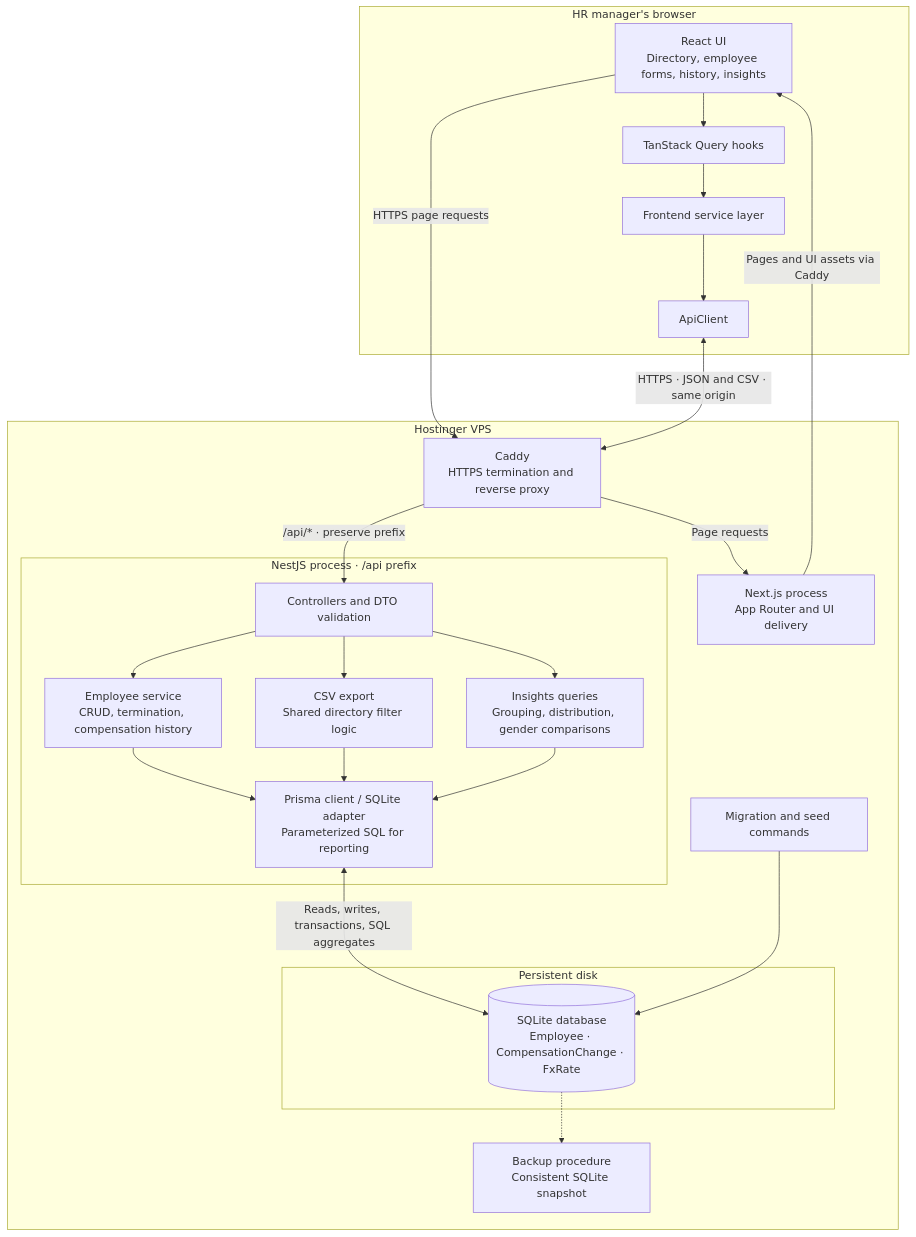
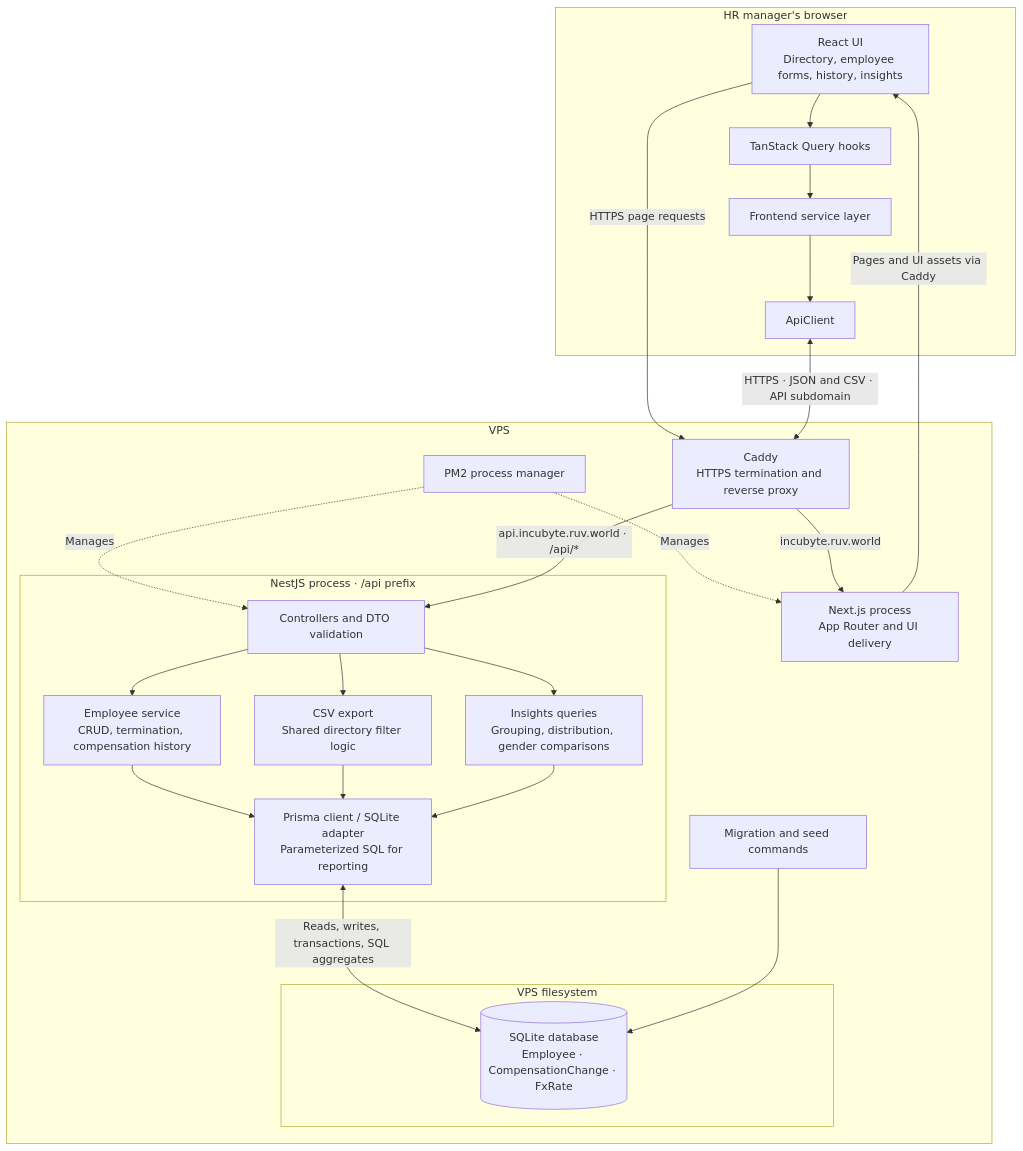
Before and after one commit to dhruvdabhi101/HRMS: the diagram in apps/web/public/diagrams/architecture.mmd, drawn with Mermaid. The commit also changed 8 other files, not shown here.

```diff
--- a/apps/web/public/diagrams/architecture.mmd
+++ b/apps/web/public/diagrams/architecture.mmd
@@ -1,44 +1,45 @@
 flowchart TB
     subgraph Browser["HR manager's browser"]
         UI["React UI<br/>Directory, employee forms, history, insights"]
         Query["TanStack Query hooks"]
         Service["Frontend service layer"]
         Client["ApiClient"]
         UI --> Query --> Service --> Client
     end
 
-    subgraph VPS["Hostinger VPS"]
+    subgraph VPS["VPS"]
         Caddy["Caddy<br/>HTTPS termination and reverse proxy"]
+        PM2["PM2 process manager"]
         Next["Next.js process<br/>App Router and UI delivery"]
 
         subgraph Server["NestJS process · /api prefix"]
             Controllers["Controllers and DTO validation"]
             Employees["Employee service<br/>CRUD, termination, compensation history"]
             Export["CSV export<br/>Shared directory filter logic"]
             Insights["Insights queries<br/>Grouping, distribution, gender comparisons"]
             Prisma["Prisma client / SQLite adapter<br/>Parameterized SQL for reporting"]
             Controllers --> Employees
             Controllers --> Export
             Controllers --> Insights
             Employees --> Prisma
             Export --> Prisma
             Insights --> Prisma
         end
 
-        subgraph Disk["Persistent disk"]
+        subgraph Disk["VPS filesystem"]
             DB[("SQLite database<br/>Employee · CompensationChange · FxRate")]
         end
 
         Setup["Migration and seed commands"]
-        Backup["Backup procedure<br/>Consistent SQLite snapshot"]
 
-        Caddy -->|"Page requests"| Next
-        Caddy -->|"/api/* · preserve prefix"| Controllers
+        PM2 -.->|"Manages"| Next
+        PM2 -.->|"Manages"| Controllers
+        Caddy -->|"incubyte.ruv.world"| Next
+        Caddy -->|"api.incubyte.ruv.world · /api/*"| Controllers
         Prisma <-->|"Reads, writes, transactions, SQL aggregates"| DB
         Setup --> DB
-        DB -.-> Backup
     end
 
     UI -->|"HTTPS page requests"| Caddy
-    Client <-->|"HTTPS · JSON and CSV · same origin"| Caddy
+    Client <-->|"HTTPS · JSON and CSV · API subdomain"| Caddy
     Next -->|"Pages and UI assets via Caddy"| UI
```
